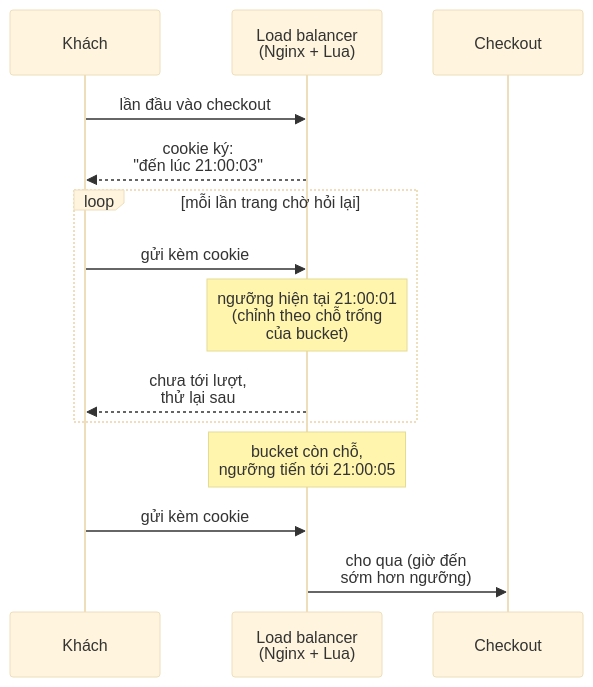
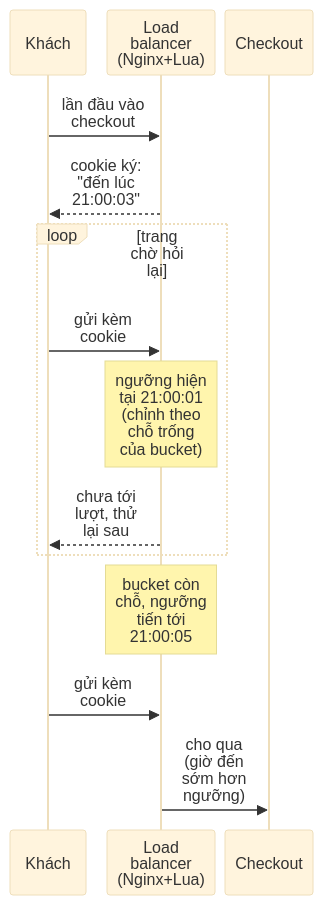
Before and after one commit to duongbui234/software-engineering-atlas: the third of 3 diagrams in content/posts/2026-11-21-shopify-flash-sale.md, drawn with Mermaid (base theme). The commit also changed other lines of this file and 134 other files, not shown here.

First line of the commit message:
Fit every Mermaid diagram at 390px without sideways scroll (#56)

````diff
--- a/content/posts/2026-11-21-shopify-flash-sale.md
+++ b/content/posts/2026-11-21-shopify-flash-sale.md
@@ -103,16 +103,17 @@
 ```mermaid
+%%{init: {"sequence": {"width": 76, "actorMargin": 10}}}%%
 sequenceDiagram
     participant K as Khách
-    participant LB as Load balancer<br/>(Nginx + Lua)
+    participant LB as Load<br/>balancer<br/>(Nginx+Lua)
     participant App as Checkout
-    K->>LB: lần đầu vào checkout
-    LB-->>K: cookie ký:<br/>"đến lúc 21:00:03"
-    loop mỗi lần trang chờ hỏi lại
-        K->>LB: gửi kèm cookie
-        Note over LB: ngưỡng hiện tại 21:00:01<br/>(chỉnh theo chỗ trống<br/>của bucket)
-        LB-->>K: chưa tới lượt,<br/>thử lại sau
+    K->>LB: lần đầu vào<br/>checkout
+    LB-->>K: cookie ký:<br/>"đến lúc<br/>21:00:03"
+    loop trang chờ hỏi lại
+        K->>LB: gửi kèm<br/>cookie
+        Note over LB: ngưỡng hiện<br/>tại 21:00:01<br/>(chỉnh theo<br/>chỗ trống<br/>của bucket)
+        LB-->>K: chưa tới<br/>lượt, thử<br/>lại sau
     end
-    Note over LB: bucket còn chỗ,<br/>ngưỡng tiến tới 21:00:05
-    K->>LB: gửi kèm cookie
-    LB->>App: cho qua (giờ đến<br/>sớm hơn ngưỡng)
+    Note over LB: bucket còn<br/>chỗ, ngưỡng<br/>tiến tới<br/>21:00:05
+    K->>LB: gửi kèm<br/>cookie
+    LB->>App: cho qua<br/>(giờ đến<br/>sớm hơn<br/>ngưỡng)
 ```
````
